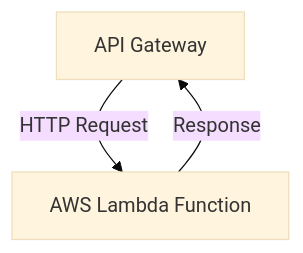
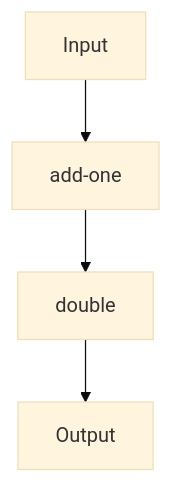
The diagram in content/patterns-clojure/5/5/index.md (MasteryEducation/SoftwarePatternsLexicon.com), drawn with Mermaid (base theme) before and after one commit. The commit also changed other lines of this file and 462 other files, not shown here.

````diff
--- a/content/patterns-clojure/5/5/index.md
+++ b/content/patterns-clojure/5/5/index.md
@@ -126,5 +125,6 @@
 ```mermaid
 graph TD;
-    A[API Gateway] -->|HTTP Request| B[AWS Lambda Function]
-    B -->|Response| A
+    A[Input] --> B[add-one]
+    B --> C[double]
+    C --> D[Output]
 ```
````
